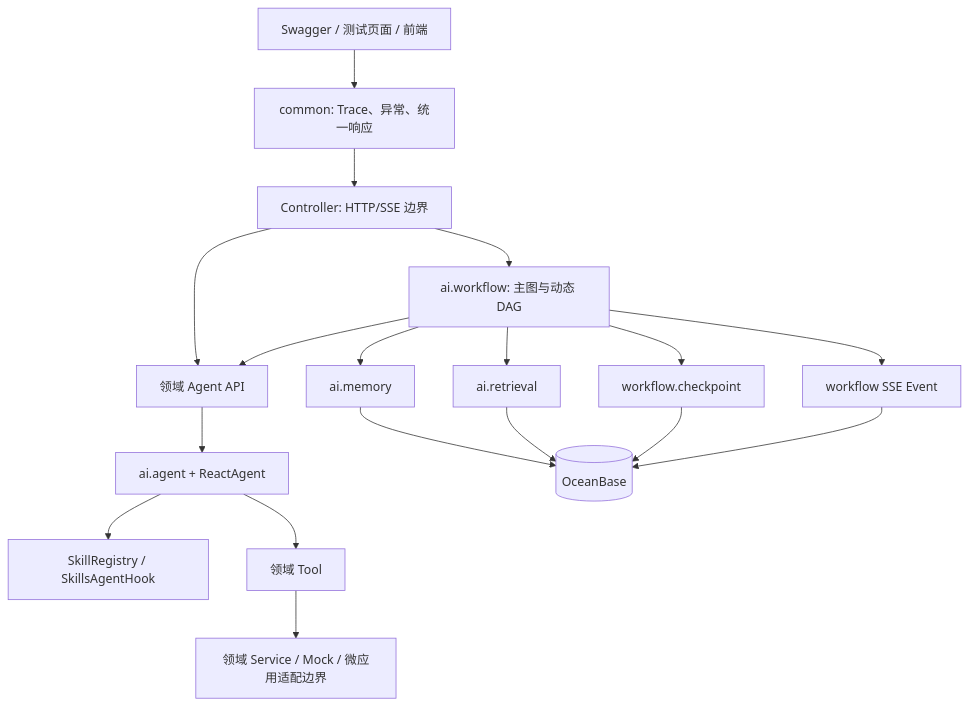
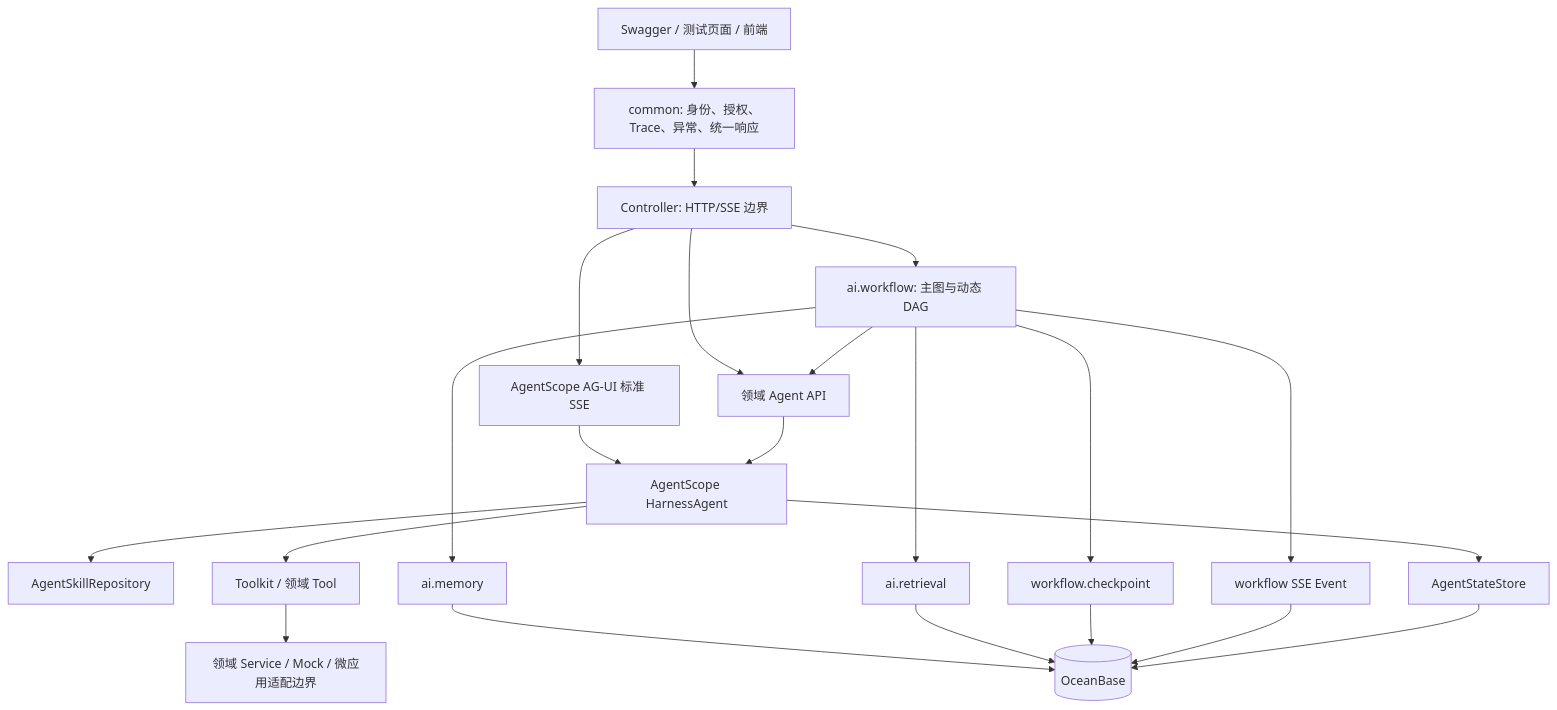
Before and after one commit to Symbolhallo/insurance-agent: the first of 3 diagrams in docs/project-understanding-guide.md, drawn with Mermaid. The commit also changed other lines of this file and 144 other files, not shown here.

Commit message:
feat: migrate agents to AgentScope and refine workflow UI

````diff
--- a/docs/project-understanding-guide.md
+++ b/docs/project-understanding-guide.md
@@ -40,20 +49,24 @@
 ```mermaid
 flowchart TB
-    Client["Swagger / 测试页面 / 前端"] --> Common["common: Trace、异常、统一响应"]
+    Client["Swagger / 测试页面 / 前端"] --> Common["common: 身份、授权、Trace、异常、统一响应"]
     Common --> Controller["Controller: HTTP/SSE 边界"]
     Controller --> Workflow["ai.workflow: 主图与动态 DAG"]
+    Controller --> Agui["AgentScope AG-UI 标准 SSE"]
     Controller --> DomainAgent["领域 Agent API"]
     Workflow --> DomainAgent
-    DomainAgent --> ReactAgent["ai.agent + ReactAgent"]
-    ReactAgent --> Skill["SkillRegistry / SkillsAgentHook"]
-    ReactAgent --> Tool["领域 Tool"]
+    Agui --> HarnessAgent["AgentScope HarnessAgent"]
+    DomainAgent --> HarnessAgent
+    HarnessAgent --> Skill["AgentSkillRepository"]
+    HarnessAgent --> Tool["Toolkit / 领域 Tool"]
+    HarnessAgent --> AgentState["AgentStateStore"]
     Tool --> DomainService["领域 Service / Mock / 微应用适配边界"]
     Workflow --> Memory["ai.memory"]
     Workflow --> Retrieval["ai.retrieval"]
     Workflow --> Checkpoint["workflow.checkpoint"]
     Workflow --> SSE["workflow SSE Event"]
     Memory --> OB[("OceanBase")]
     Retrieval --> OB
     Checkpoint --> OB
     SSE --> OB
+    AgentState --> OB
 ```
````
